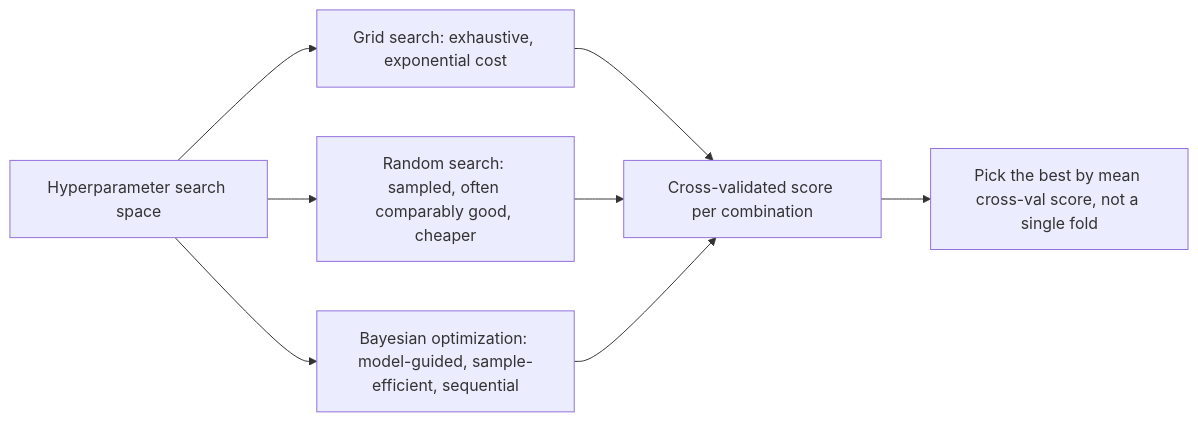
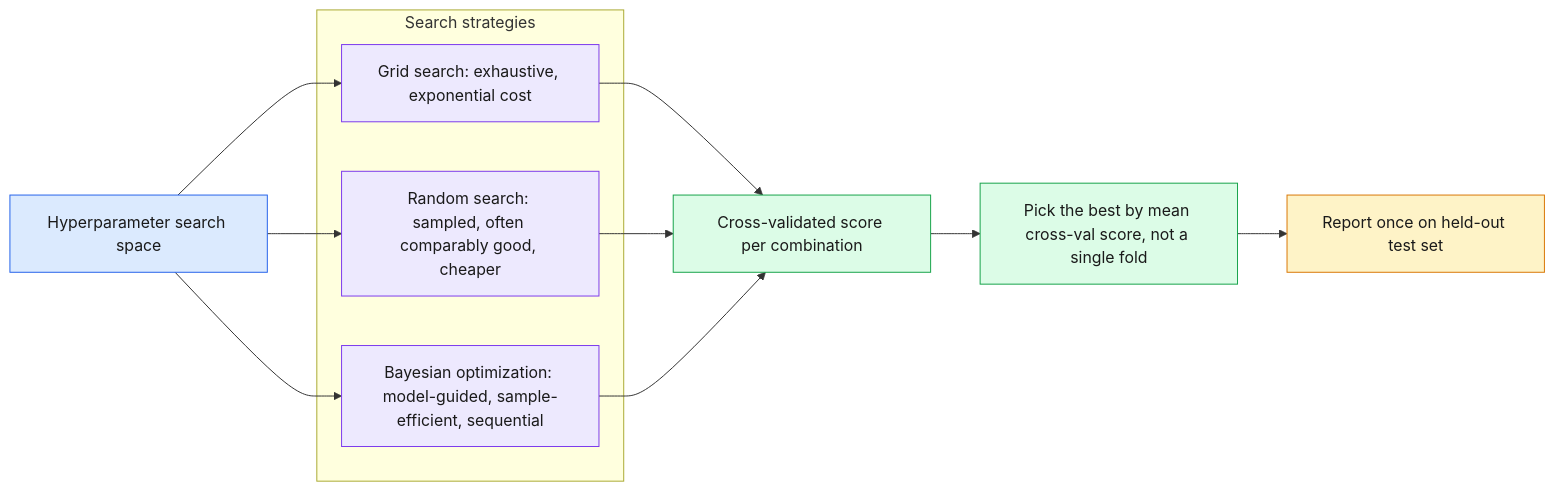
One commit to bhanu-prakash12/ai-ml-engineer-fundamentals changed the first of 2 diagrams in day02_machine_learning/14_hyperparameter_tuning/README.md. Above: the diagram before and after it, drawn with Mermaid. The commit also changed other lines of this file and 68 other files, not shown here.

````diff
--- a/day02_machine_learning/14_hyperparameter_tuning/README.md
+++ b/day02_machine_learning/14_hyperparameter_tuning/README.md
@@ -32,10 +69,25 @@
 ```mermaid
 flowchart LR
-  A[Hyperparameter search space] --> B[Grid search: exhaustive, exponential cost]
-  A --> C[Random search: sampled, often comparably good, cheaper]
-  A --> D[Bayesian optimization: model-guided, sample-efficient, sequential]
-  B --> E[Cross-validated score per combination]
+  A["Hyperparameter search space"]
+  subgraph S["Search strategies"]
+    B["Grid search: exhaustive, exponential cost"]
+    C["Random search: sampled, often comparably good, cheaper"]
+    D["Bayesian optimization: model-guided, sample-efficient, sequential"]
+  end
+  A --> B
+  A --> C
+  A --> D
+  B --> E["Cross-validated score per combination"]
   C --> E
   D --> E
-  E --> F[Pick the best by mean cross-val score, not a single fold]
+  E --> F["Pick the best by mean cross-val score, not a single fold"]
+  F --> G["Report once on held-out test set"]
+  classDef space fill:#DBEAFE,stroke:#2563EB,color:#1a1a1a;
+  classDef search fill:#EDE9FE,stroke:#7C3AED,color:#1a1a1a;
+  classDef score fill:#DCFCE7,stroke:#16A34A,color:#1a1a1a;
+  classDef final fill:#FEF3C7,stroke:#D97706,color:#1a1a1a;
+  class A space;
+  class B,C,D search;
+  class E,F score;
+  class G final;
 ```
````
